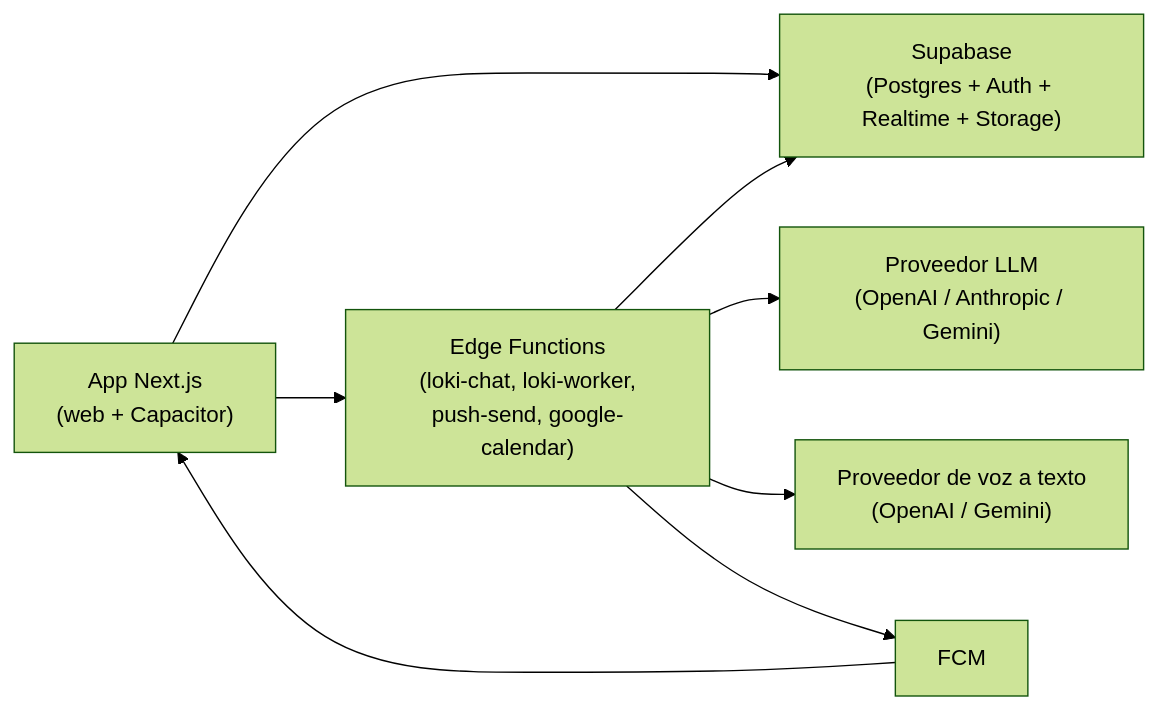
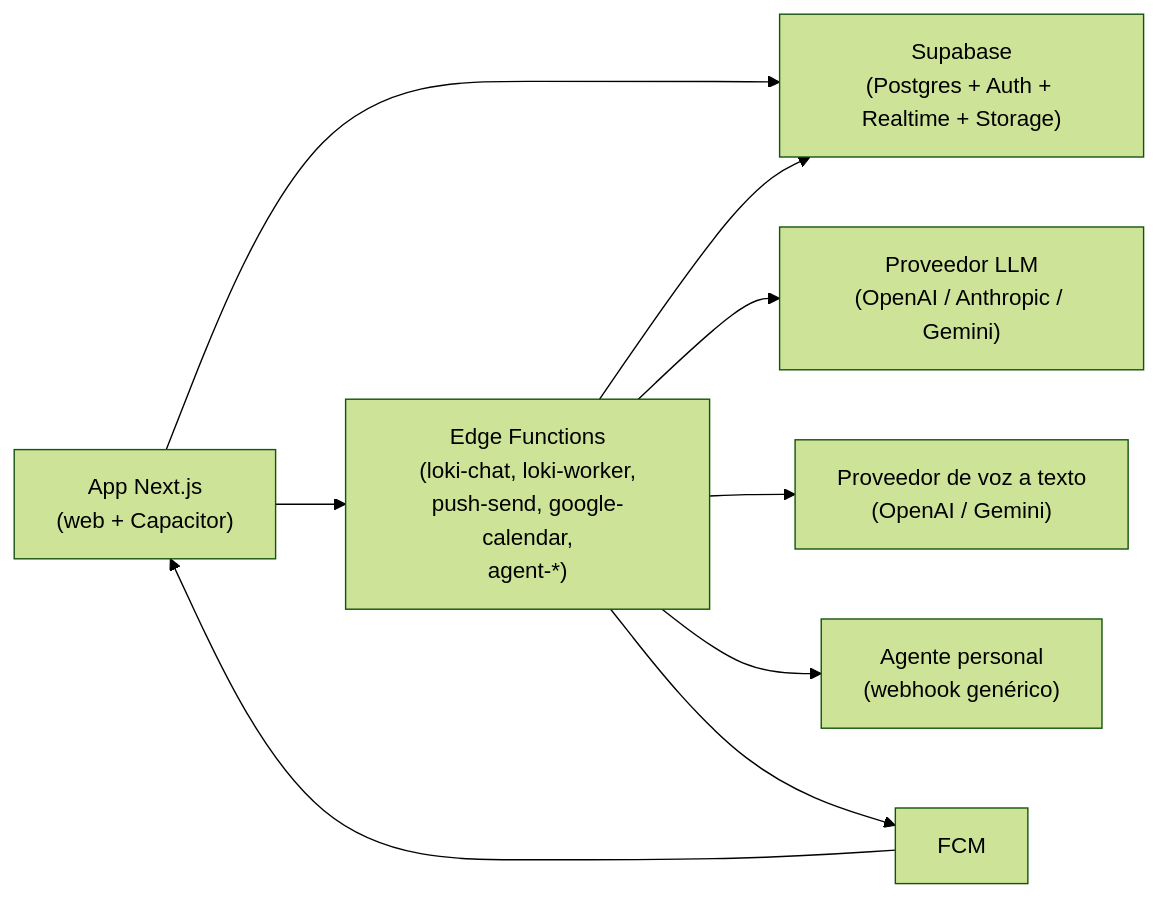
The diagram in README.md (manuelolivaplaza-jpg/loki), drawn with Mermaid (forest theme) before and after one commit. The commit also changed other lines of this file and 23 other files, not shown here.

````diff
--- a/README.md
+++ b/README.md
@@ -22,10 +23,11 @@
 ```mermaid
 flowchart LR
     App["App Next.js\n(web + Capacitor)"] --> SB["Supabase\n(Postgres + Auth + Realtime + Storage)"]
-    App --> Edge["Edge Functions\n(loki-chat, loki-worker,\npush-send, google-calendar)"]
+    App --> Edge["Edge Functions\n(loki-chat, loki-worker,\npush-send, google-calendar,\nagent-*)"]
     Edge --> SB
     Edge --> LLM["Proveedor LLM\n(OpenAI / Anthropic / Gemini)"]
     Edge --> STT["Proveedor de voz a texto\n(OpenAI / Gemini)"]
+    Edge --> Agent["Agente personal\n(webhook genérico)"]
     Edge --> FCM["FCM"]
     FCM --> App
 ```
````
